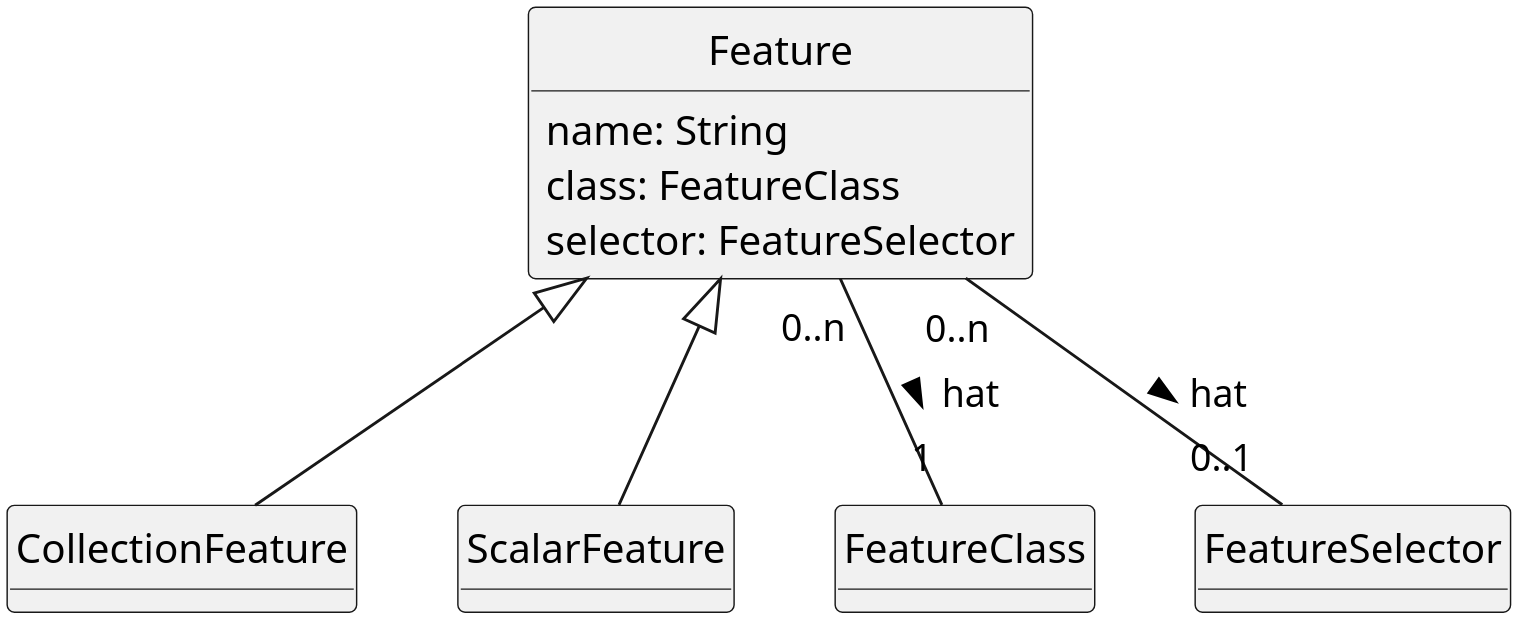
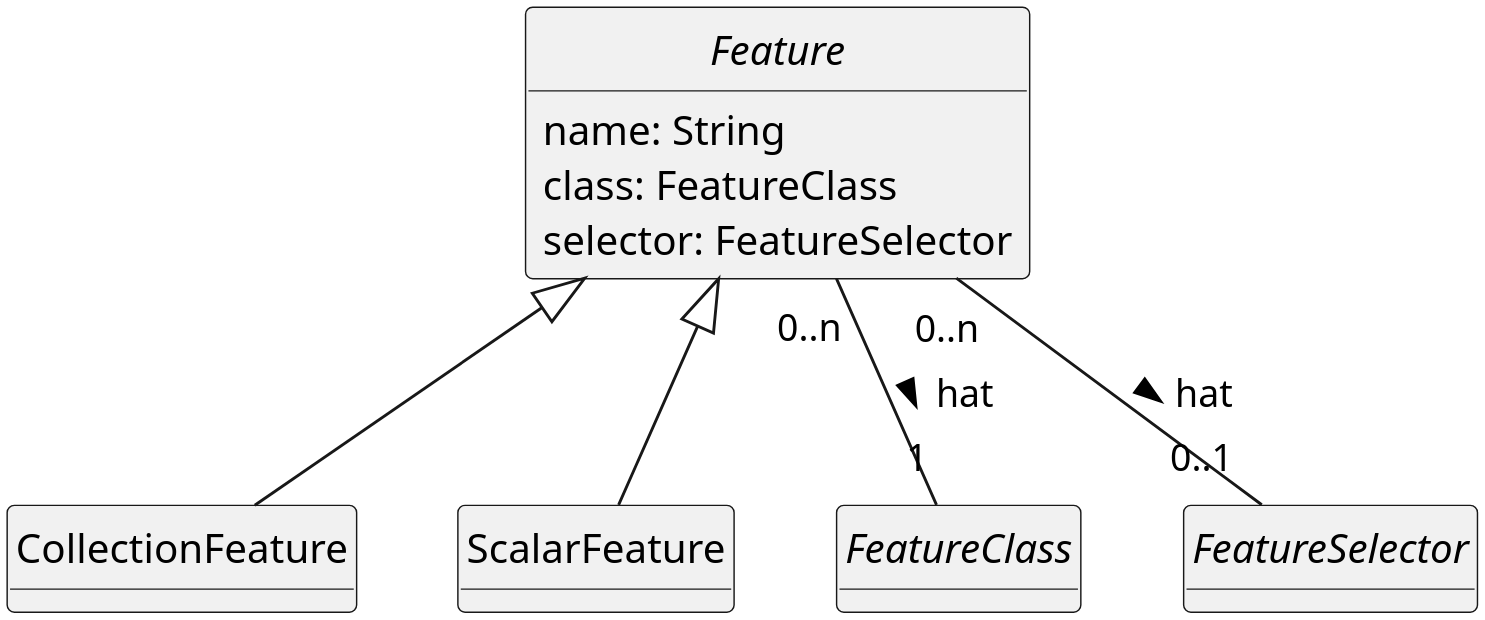
One commit to TheGreyKoala/master-thesis changed the diagram in src/main/resources/dsl/features.plantuml. Above: the diagram before and after it, drawn with PlantUML. The commit also changed 12 other files, not shown here.

Commit message:
Checking prepared mindmaps

```diff
--- a/src/main/resources/dsl/features.plantuml
+++ b/src/main/resources/dsl/features.plantuml
@@ -1,18 +1,21 @@
 @startuml
 hide circle
 hide empty methods
 scale 3840*2160
 
 class CollectionFeature
-class Feature {
+abstract class Feature {
     name: String
     class: FeatureClass
     selector: FeatureSelector
 }
 class ScalarFeature
 
+abstract class FeatureClass
+abstract class FeatureSelector
+
 Feature <|-- CollectionFeature
 Feature "0..n" -- "1" FeatureClass : > hat
 Feature "0..n" -- "0..1" FeatureSelector : > hat
 Feature <|-- ScalarFeature
 @enduml
```
